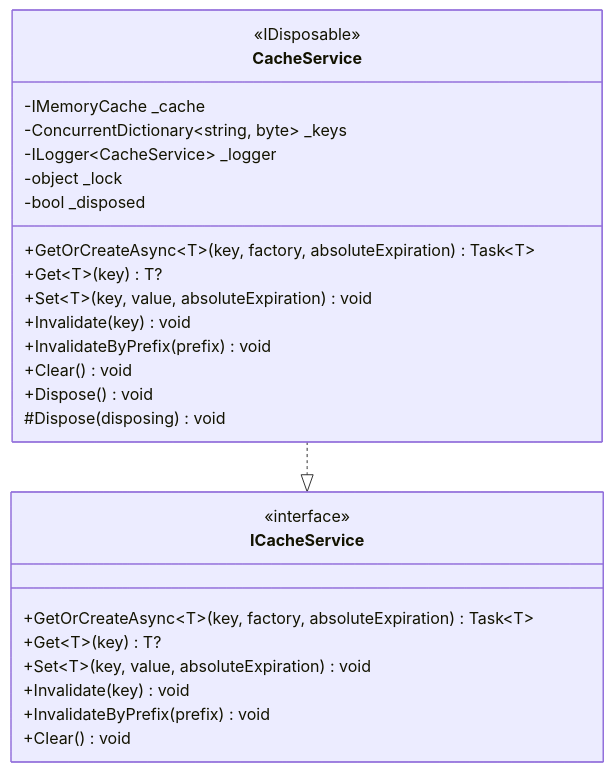
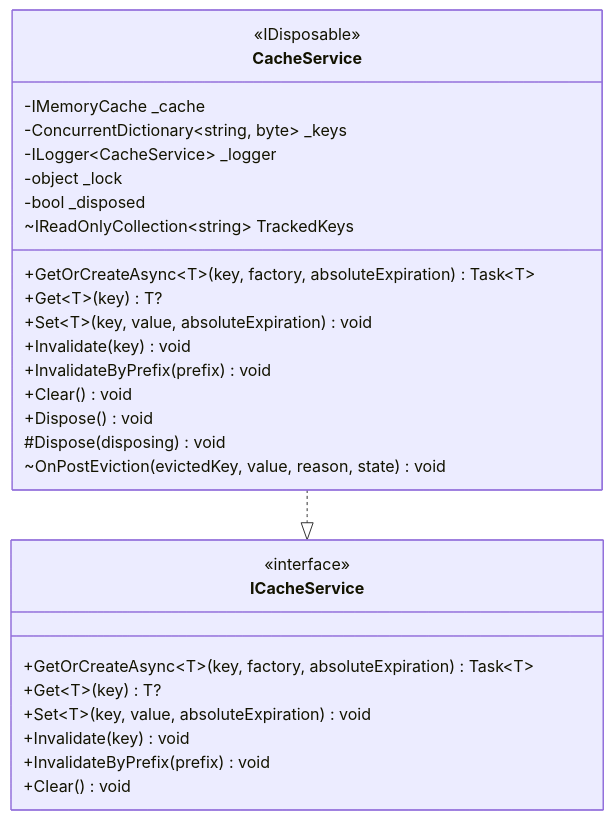
One commit to kuwayamamasayuki/ICCardManager changed diagram 39 of 52 in ICCardManager/docs/design/05_クラス設計書.md. Above: the diagram before and after it, drawn with Mermaid. The commit also changed other lines of this file and 4 other files, not shown here.

````diff
--- a/ICCardManager/docs/design/05_クラス設計書.md
+++ b/ICCardManager/docs/design/05_クラス設計書.md
@@ -2319,31 +2319,33 @@
 ```mermaid
 classDiagram
     class ICacheService {
         <<interface>>
         +GetOrCreateAsync~T~(key, factory, absoluteExpiration) Task~T~
         +Get~T~(key) T?
         +Set~T~(key, value, absoluteExpiration) void
         +Invalidate(key) void
         +InvalidateByPrefix(prefix) void
         +Clear() void
     }
 
     class CacheService {
         <<IDisposable>>
         -IMemoryCache _cache
         -ConcurrentDictionary~string, byte~ _keys
         -ILogger~CacheService~ _logger
         -object _lock
         -bool _disposed
         +GetOrCreateAsync~T~(key, factory, absoluteExpiration) Task~T~
         +Get~T~(key) T?
         +Set~T~(key, value, absoluteExpiration) void
         +Invalidate(key) void
         +InvalidateByPrefix(prefix) void
         +Clear() void
         +Dispose() void
         #Dispose(disposing) void
+        ~OnPostEviction(evictedKey, value, reason, state) void
+        ~IReadOnlyCollection~string~ TrackedKeys
     }
 
     CacheService ..|> ICacheService
 ```
````
